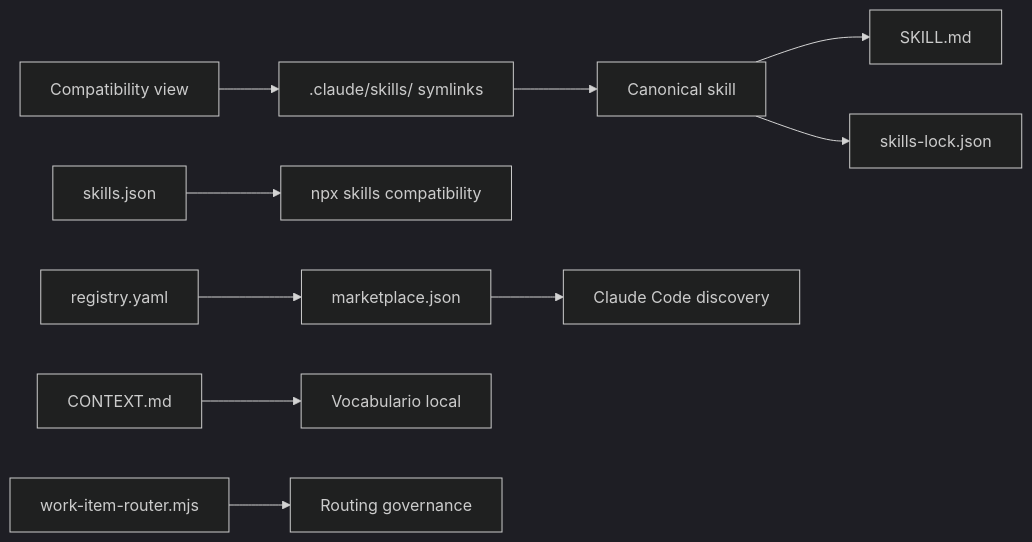
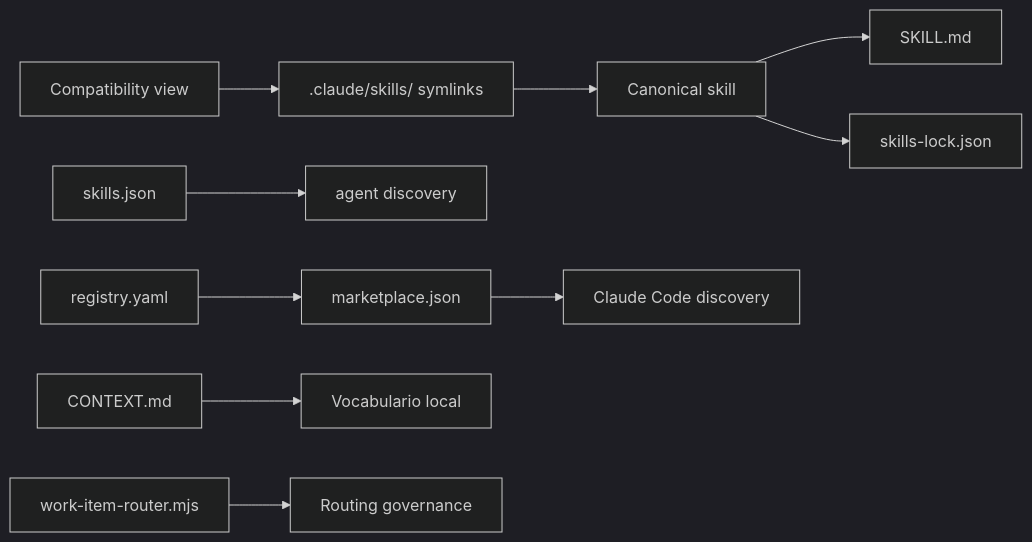
The fourth of 7 diagrams in docs/reference/wiki/Home.md (quantumquirkxyz/skills-quirk), drawn with Mermaid (dark theme) before and after one commit. The commit also changed other lines of this file and 8 other files, not shown here.

````diff
--- a/docs/reference/wiki/Home.md
+++ b/docs/reference/wiki/Home.md
@@ -200,12 +200,12 @@
 ```mermaid
 flowchart LR
     A[Canonical skill] --> B[SKILL.md]
     A --> C[skills-lock.json]
     D[Compatibility view] --> E[.claude/skills/ symlinks]
     E --> A
-    F[skills.json] --> G[npx skills compatibility]
+    F[skills.json] --> G[agent discovery]
     H[registry.yaml] --> I[marketplace.json]
     I --> J[Claude Code discovery]
     K[CONTEXT.md] --> L[Vocabulario local]
     M[work-item-router.mjs] --> N[Routing governance]
 ```
````
